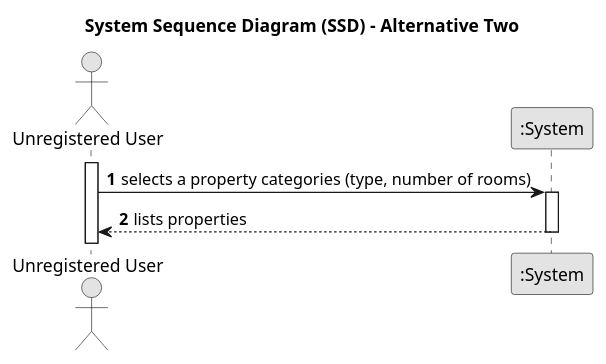
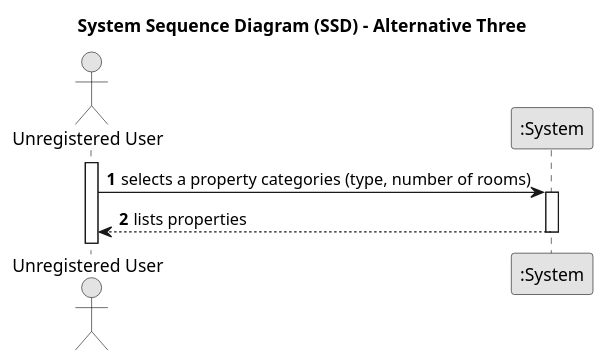
One commit to Goncalves2525/real-estate-management-system changed the diagram in docs/sprintA/us001/01.requirements-engineering/puml/us001-system-sequence-diagram-alternative-three.puml. Above: the diagram before and after it, drawn with PlantUML. The commit also changed 2 other files, not shown here.

Commit message:
Added another SSD

```diff
--- a/docs/sprintA/us001/01.requirements-engineering/puml/us001-system-sequence-diagram-alternative-three.puml
+++ b/docs/sprintA/us001/01.requirements-engineering/puml/us001-system-sequence-diagram-alternative-three.puml
@@ -1,24 +1,24 @@
 @startuml
 skinparam monochrome true
 skinparam packageStyle rectangle
 skinparam shadowing false
 
-title System Sequence Diagram (SSD) - Alternative Two
+title System Sequence Diagram (SSD) - Alternative Three
 
 autonumber
 
 actor "Unregistered User" as User
 participant ":System" as System
 
 activate User
 
     User -> System : selects a property categories (type, number of rooms)
     activate System
 
         System --> User : lists properties
     deactivate System
 
 
 
 
 @enduml
```
